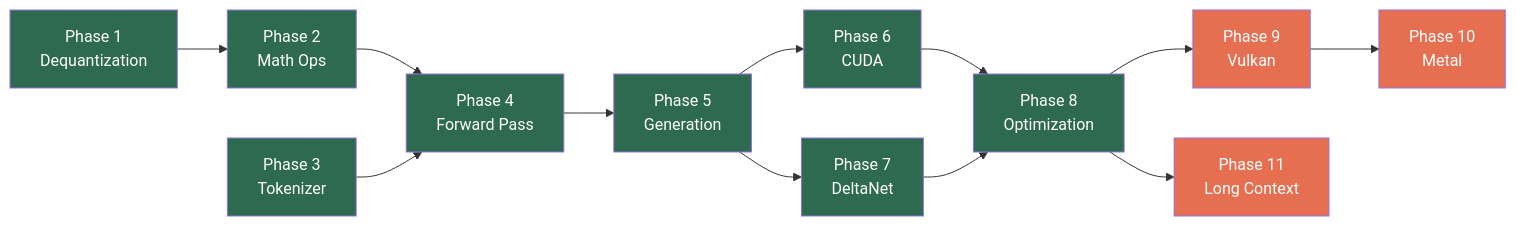
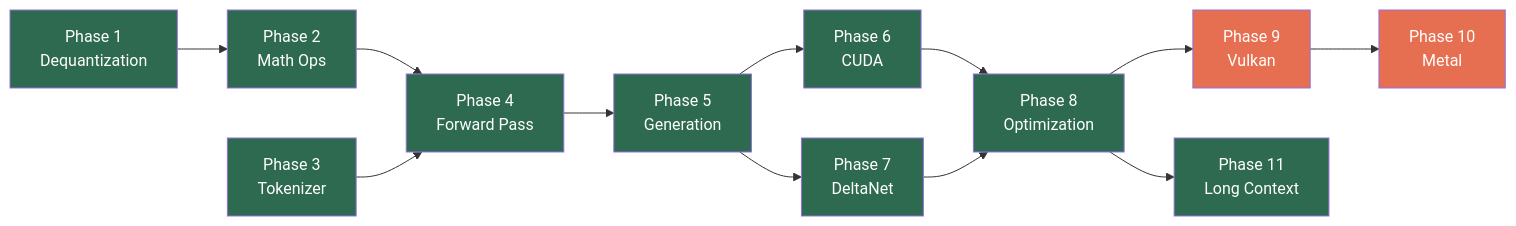
Before and after one commit to MjrTom/daisi-llogos: the diagram in README.md, drawn with Mermaid. The commit also changed other lines of this file and 14 other files, not shown here.

````diff
--- a/README.md
+++ b/README.md
@@ -91,35 +95,35 @@
 ```mermaid
 flowchart LR
     P1["Phase 1\nDequantization"]
     P2["Phase 2\nMath Ops"]
     P3["Phase 3\nTokenizer"]
     P4["Phase 4\nForward Pass"]
     P5["Phase 5\nGeneration"]
     P6["Phase 6\nCUDA"]
     P7["Phase 7\nDeltaNet"]
     P8["Phase 8\nOptimization"]
     P9["Phase 9\nVulkan"]
     P10["Phase 10\nMetal"]
     P11["Phase 11\nLong Context"]
 
     P1 --> P2 --> P4
     P3 --> P4 --> P5
     P5 --> P6
     P5 --> P7
     P6 --> P8
     P7 --> P8
     P8 --> P11
     P8 --> P9 --> P10
 
     style P1 fill:#2d6a4f,color:#fff
     style P2 fill:#2d6a4f,color:#fff
     style P3 fill:#2d6a4f,color:#fff
     style P4 fill:#2d6a4f,color:#fff
     style P5 fill:#2d6a4f,color:#fff
     style P6 fill:#2d6a4f,color:#fff
     style P7 fill:#2d6a4f,color:#fff
     style P8 fill:#2d6a4f,color:#fff
     style P9 fill:#e76f51,color:#fff
     style P10 fill:#e76f51,color:#fff
-    style P11 fill:#e76f51,color:#fff
+    style P11 fill:#2d6a4f,color:#fff
 ```
````
